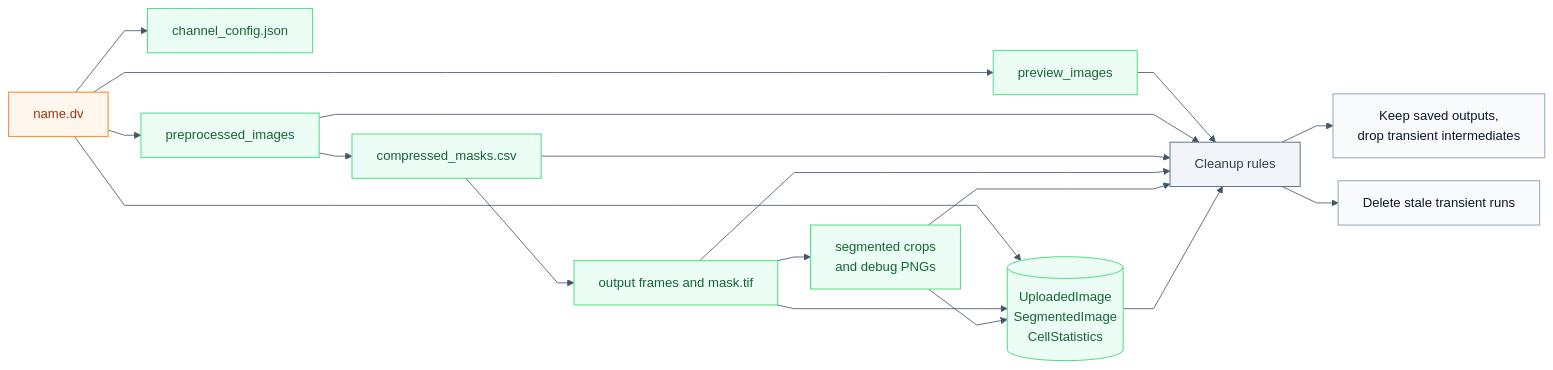
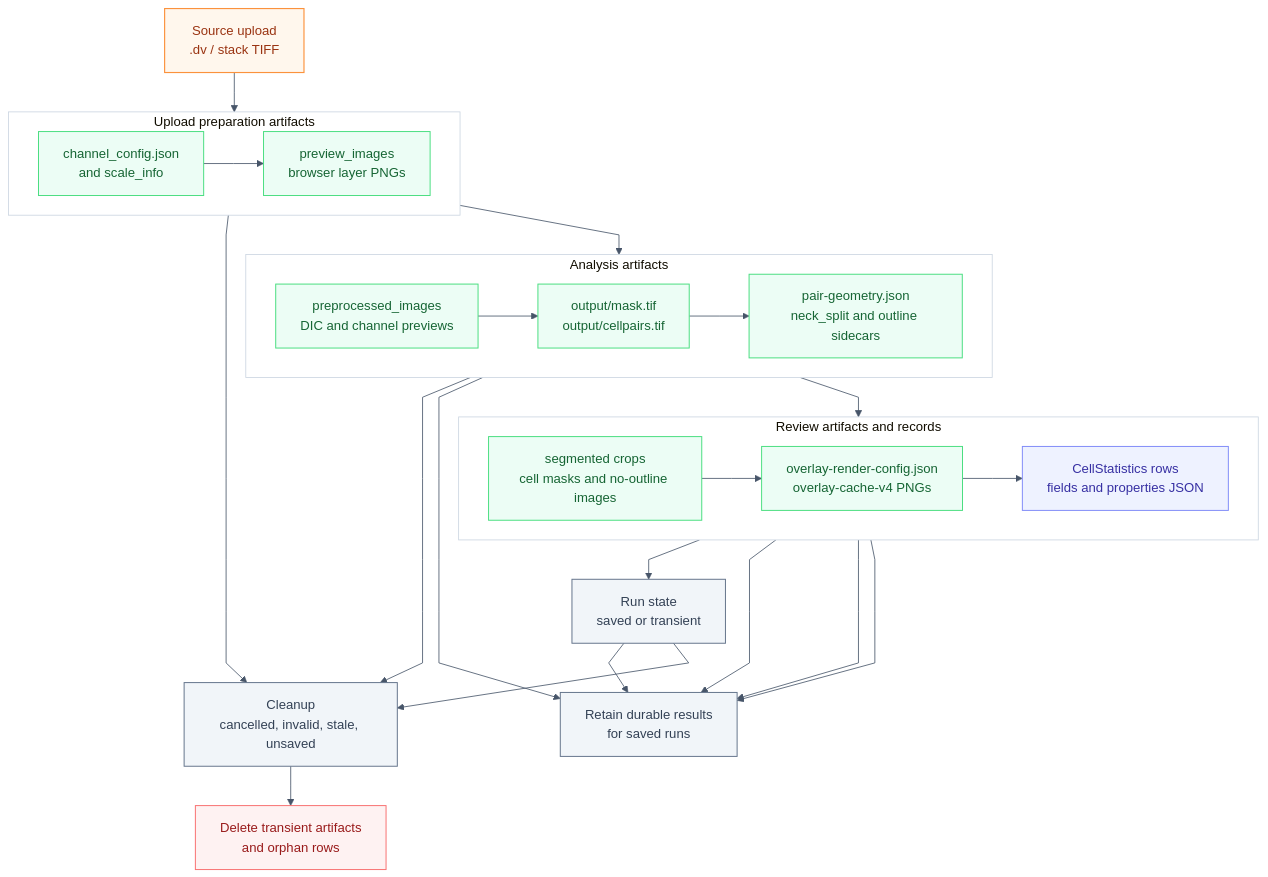
Before and after one commit to BrentLagesse/CytoCV: the diagram in docs/diagrams/04-artifact-lifecycle.mmd, drawn with Mermaid. The commit also changed 44 other files, not shown here.

```diff
--- a/docs/diagrams/04-artifact-lifecycle.mmd
+++ b/docs/diagrams/04-artifact-lifecycle.mmd
@@ -1,38 +1,50 @@
-%%{init: {"theme":"base","themeVariables":{"background":"#ffffff","primaryColor":"#f8fafc","primaryBorderColor":"#94a3b8","primaryTextColor":"#0f172a","secondaryColor":"#eff6ff","tertiaryColor":"#eef2ff","lineColor":"#475569","fontFamily":"Helvetica","fontSize":"16px","clusterBorder":"#cbd5e1","clusterBkg":"#ffffff"},"flowchart":{"htmlLabels":true,"curve":"linear","nodeSpacing":28,"rankSpacing":40}}}%%
-flowchart LR
+%%{init: {"theme":"base","themeVariables":{"background":"#ffffff","primaryColor":"#f8fafc","primaryBorderColor":"#94a3b8","primaryTextColor":"#0f172a","secondaryColor":"#eff6ff","tertiaryColor":"#eef2ff","lineColor":"#475569","fontFamily":"Arial","fontSize":"16px","clusterBorder":"#cbd5e1","clusterBkg":"#ffffff"},"flowchart":{"htmlLabels":true,"curve":"linear","nodeSpacing":28,"rankSpacing":48}}}%%
+flowchart TD
     classDef source fill:#fff7ed,stroke:#fb923c,color:#9a3412,stroke-width:1.4px;
-    classDef data fill:#ecfdf5,stroke:#4ade80,color:#166534,stroke-width:1.2px;
-    classDef process fill:#f8fafc,stroke:#94a3b8,color:#0f172a,stroke-width:1.2px;
+    classDef artifact fill:#ecfdf5,stroke:#4ade80,color:#166534,stroke-width:1.2px;
+    classDef record fill:#eef2ff,stroke:#818cf8,color:#3730a3,stroke-width:1.2px;
     classDef control fill:#f1f5f9,stroke:#64748b,color:#334155,stroke-width:1.2px;
+    classDef delete fill:#fef2f2,stroke:#f87171,color:#991b1b,stroke-width:1.2px;
 
-    src[name.dv]
-    cfg[channel_config.json]
-    preview[preview_images]
-    prep[preprocessed_images]
-    rle[compressed_masks.csv]
-    output[output frames and mask.tif]
-    segmented[segmented crops<br/>and debug PNGs]
-    rows[(UploadedImage<br/>SegmentedImage<br/>CellStatistics)]
-    cleanup[Cleanup rules]
-    keep[Keep saved outputs,<br/>drop transient intermediates]
-    delete[Delete stale transient runs]
+    src["Source upload<br/>.dv / stack TIFF"]
 
-    src --> cfg
-    src --> preview
-    src --> prep --> rle --> output --> segmented
-    src --> rows
-    output --> rows
-    segmented --> rows
-    preview --> cleanup
-    prep --> cleanup
-    rle --> cleanup
-    output --> cleanup
-    segmented --> cleanup
-    rows --> cleanup
-    cleanup --> keep
-    cleanup --> delete
+    subgraph setup["Upload preparation artifacts"]
+        direction LR
+        cfg["channel_config.json<br/>and scale_info"]
+        preview["preview_images<br/>browser layer PNGs"]
+    end
+
+    subgraph processing["Analysis artifacts"]
+        direction LR
+        prep["preprocessed_images<br/>DIC and channel previews"]
+        mask["output/mask.tif<br/>output/cellpairs.tif"]
+        geometry["pair-geometry.json<br/>neck_split and outline sidecars"]
+    end
+
+    subgraph review["Review artifacts and records"]
+        direction LR
+        crops["segmented crops<br/>cell masks and no-outline images"]
+        overlays["overlay-render-config.json<br/>overlay-cache-v4 PNGs"]
+        stats["CellStatistics rows<br/>fields and properties JSON"]
+    end
+
+    owner["Run state<br/>saved or transient"]
+    keep["Retain durable results<br/>for saved runs"]
+    sweep["Cleanup<br/>cancelled, invalid, stale, unsaved"]
+    delete["Delete transient artifacts<br/>and orphan rows"]
+
+    src --> cfg --> preview --> prep --> mask --> geometry --> crops --> overlays --> stats --> owner
+    owner --> keep
+    owner --> sweep --> delete
+    preview --> sweep
+    prep --> sweep
+    mask --> keep
+    crops --> keep
+    overlays --> keep
+    stats --> keep
 
     class src source
-    class cfg,preview,prep,rle,output,segmented,rows data
-    class cleanup control
-    class keep,delete process
+    class cfg,preview,prep,mask,geometry,crops,overlays artifact
+    class stats record
+    class owner,sweep,keep control
+    class delete delete
```
